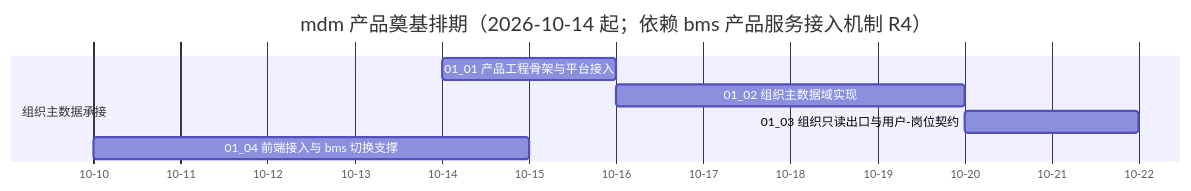
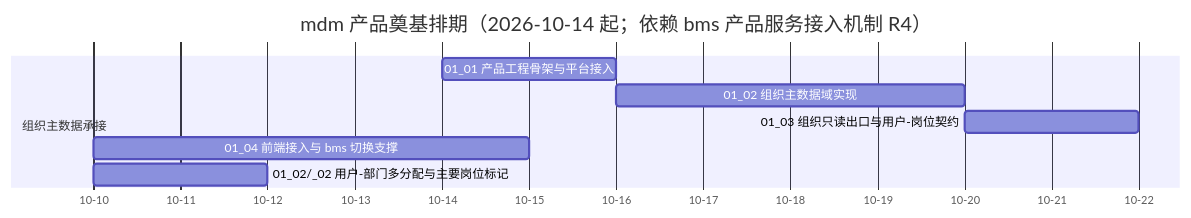
Before and after one commit to minjian123/master-data-management: the diagram in mdm文档/项目/01_mdm 产品奠基/计划/01_计划_mdm产品奠基.md, drawn with Mermaid. The commit also changed other lines of this file and 1 other file, not shown here.

````diff
--- a/mdm文档/项目/01_mdm 产品奠基/计划/01_计划_mdm产品奠基.md
+++ b/mdm文档/项目/01_mdm 产品奠基/计划/01_计划_mdm产品奠基.md
@@ -35,11 +35,12 @@
 ```mermaid
 gantt
     title mdm 产品奠基排期（2026-10-14 起；依赖 bms 产品服务接入机制 R4）
     dateFormat  YYYY-MM-DD
     axisFormat %m-%d
     section 组织主数据承接
     01_01 产品工程骨架与平台接入 :m0101, 2026-10-14, 2d
     01_02 组织主数据域实现 :m0102, 2026-10-16, 4d
     01_03 组织只读出口与用户-岗位契约 :m0103, 2026-10-20, 2d
     01_04 前端接入与 bms 切换支撑 :m0104, 2026-10-10, 5d
+    01_02/_02 用户-部门多分配与主要岗位标记 :m0102b, 2026-10-10, 2d
 ```
````
